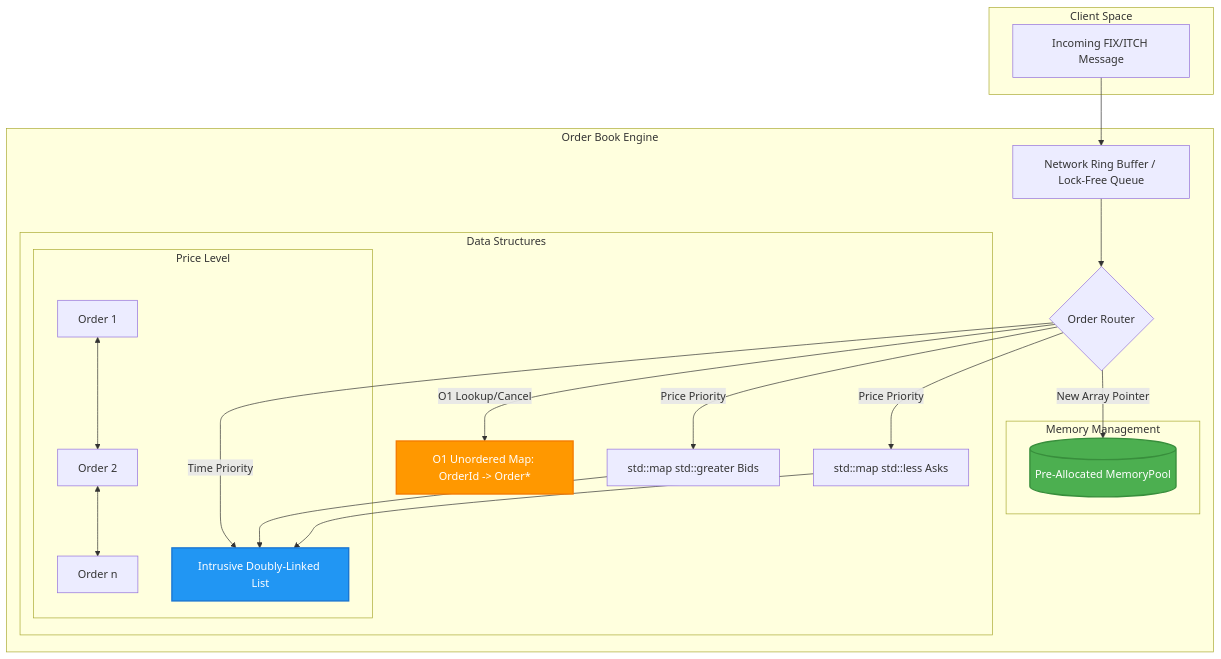
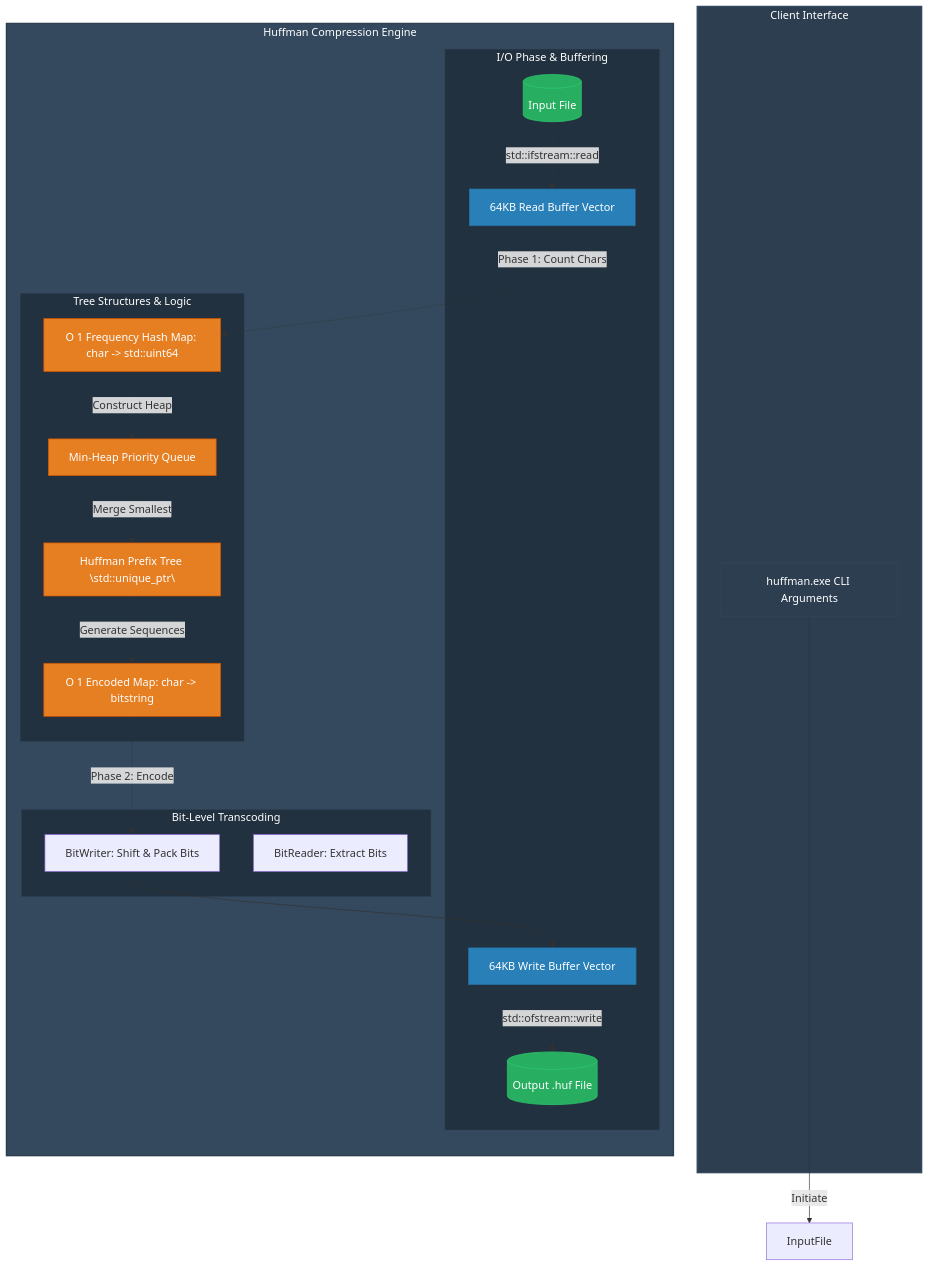
Before and after one commit to Komal-ai417/HuffmanProject: the diagram in README.md, drawn with Mermaid. The commit also changed other lines of this file, not shown here.

First line of the commit message:
Add Huffman Compression Algorithm section to README

````diff
--- a/README.md
+++ b/README.md
@@ -13,41 +28,55 @@
 ```mermaid
-graph TD
-    subgraph Client Space
-        A[Incoming FIX/ITCH Message]
+flowchart TD
+    %% Node Styles
+    classDef client fill:#2C3E50,stroke:#34495E,color:#fff;
+    classDef engine fill:#34495E,stroke:#2C3E50,color:#fff;
+    classDef memory fill:#E67E22,stroke:#D35400,color:#fff;
+    classDef buffer fill:#2980B9,stroke:#2471A3,color:#fff;
+    classDef data fill:#27AE60,stroke:#2ECC71,color:#fff;
+    
+    subgraph ClientSpace [Client Interface]
+        CLI[huffman.exe CLI Arguments]:::client
     end
 
-    subgraph Order Book Engine
-        B[Network Ring Buffer / Lock-Free Queue]
-        C{Order Router}
+    subgraph CoreEngine [Huffman Compression Engine]
+        direction TB
         
-        subgraph Memory Management
-            P[(Pre-Allocated MemoryPool)]
-        end
-        
-        subgraph Data Structures
-            M[O1 Unordered Map: OrderId -> Order*]
-            Tree[std::map std::greater<Price> Bids]
-            Tree2[std::map std::less<Price> Asks]
+        subgraph IOPhase [I/O Phase & Buffering]
+            Input[(Input File)]:::data
+            ReadBuffer[64KB Read Buffer Vector]:::buffer
+            WriteBuffer[64KB Write Buffer Vector]:::buffer
+            Output[(Output .huf File)]:::data
             
-            subgraph Price Level
-                L[Intrusive Doubly-Linked List]
-                O1[Order 1] <--> O2[Order 2] <--> O3[Order n]
-            end
+            Input -->|std::ifstream::read| ReadBuffer
+            WriteBuffer -->|std::ofstream::write| Output
         end
 
-        C --> |New Array Pointer| P
-        C --> |O1 Lookup/Cancel| M
-        C --> |Time Priority| L
-        C --> |Price Priority| Tree
-        C --> |Price Priority| Tree2
-        Tree --> L
-        Tree2 --> L
+        subgraph CompressionLogic [Tree Structures & Logic]
+            FreqMap[O 1 Frequency Hash Map: char -> std::uint64]:::memory
+            MinHeap[Min-Heap Priority Queue]:::memory
+            PrefixTree[Huffman Prefix Tree \std::unique_ptr\]:::memory
+            CodeMap[O 1 Encoded Map: char -> bitstring]:::memory
+            
+            ReadBuffer -. "Phase 1: Count Chars" .-> FreqMap
+            FreqMap -. "Construct Heap" .-> MinHeap
+            MinHeap -. "Merge Smallest" .-> PrefixTree
+            PrefixTree -. "Generate Sequences" .-> CodeMap
+        end
+
+        subgraph BitwiseOps [Bit-Level Transcoding]
+            BitWriter[BitWriter: Shift & Pack Bits]
+            BitReader[BitReader: Extract Bits]
+            
+            CodeMap -. "Phase 2: Encode" .-> BitWriter
+            BitWriter --> WriteBuffer
+        end
     end
 
-    A --> B
-    B --> C
-    
-    style P fill:#4CAF50,stroke:#388E3C,stroke-width:2px,color:#fff
-    style L fill:#2196F3,stroke:#1976D2,stroke-width:2px,color:#fff
-    style M fill:#FF9800,stroke:#F57C00,stroke-width:2px,color:#fff
+    CLI -->|Initiate| InputFile
+
+    style ClientSpace fill:#2c3e50,stroke:#34495e,stroke-width:2px,color:#fff
+    style CoreEngine fill:#34495e,stroke:#2c3e50,stroke-width:2px,color:#fff
+    style CompressionLogic fill:#22313F,stroke:#34495e,stroke-width:1px,color:#fff
+    style IOPhase fill:#22313F,stroke:#34495e,stroke-width:1px,color:#fff
+    style BitwiseOps fill:#22313F,stroke:#34495e,stroke-width:1px,color:#fff
 ```
````
